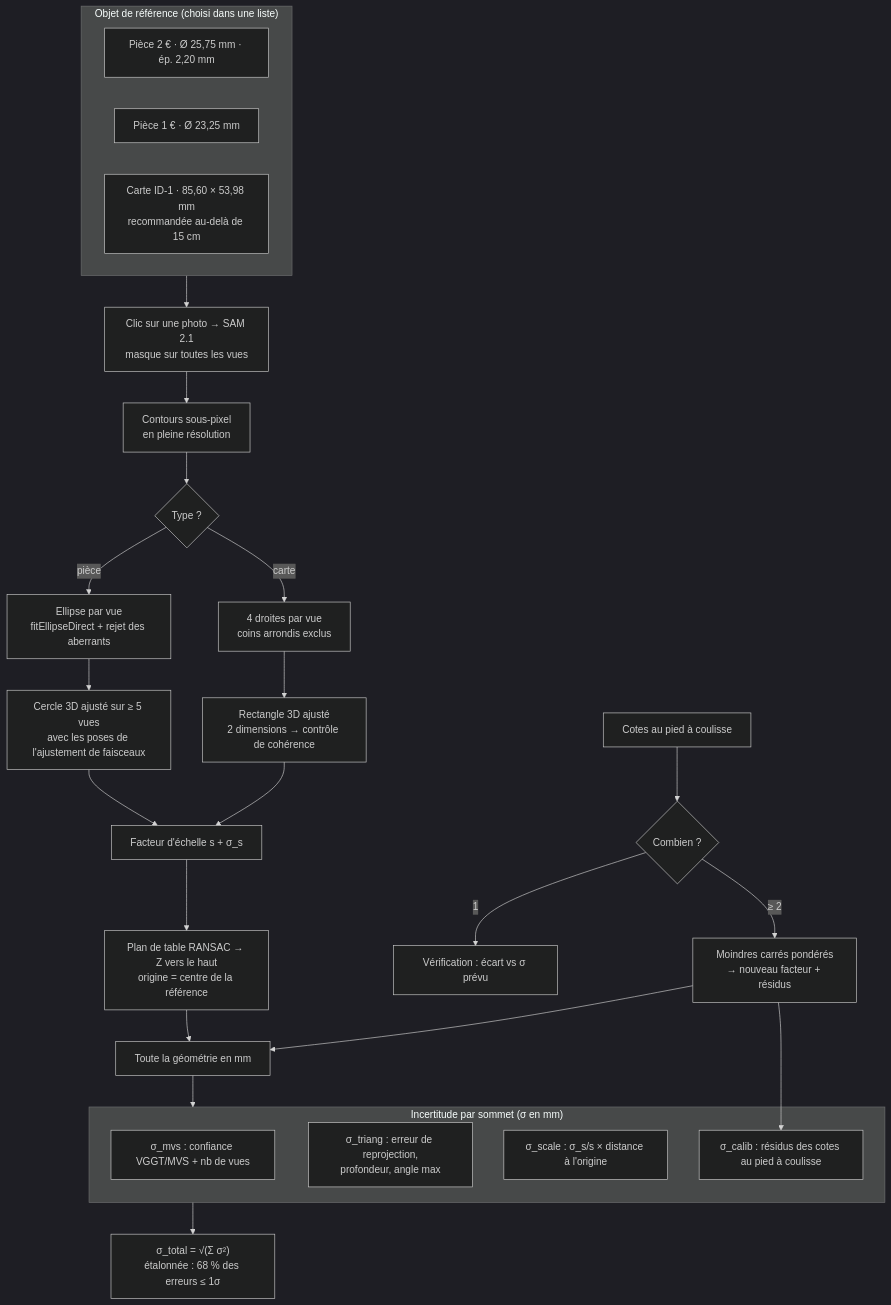
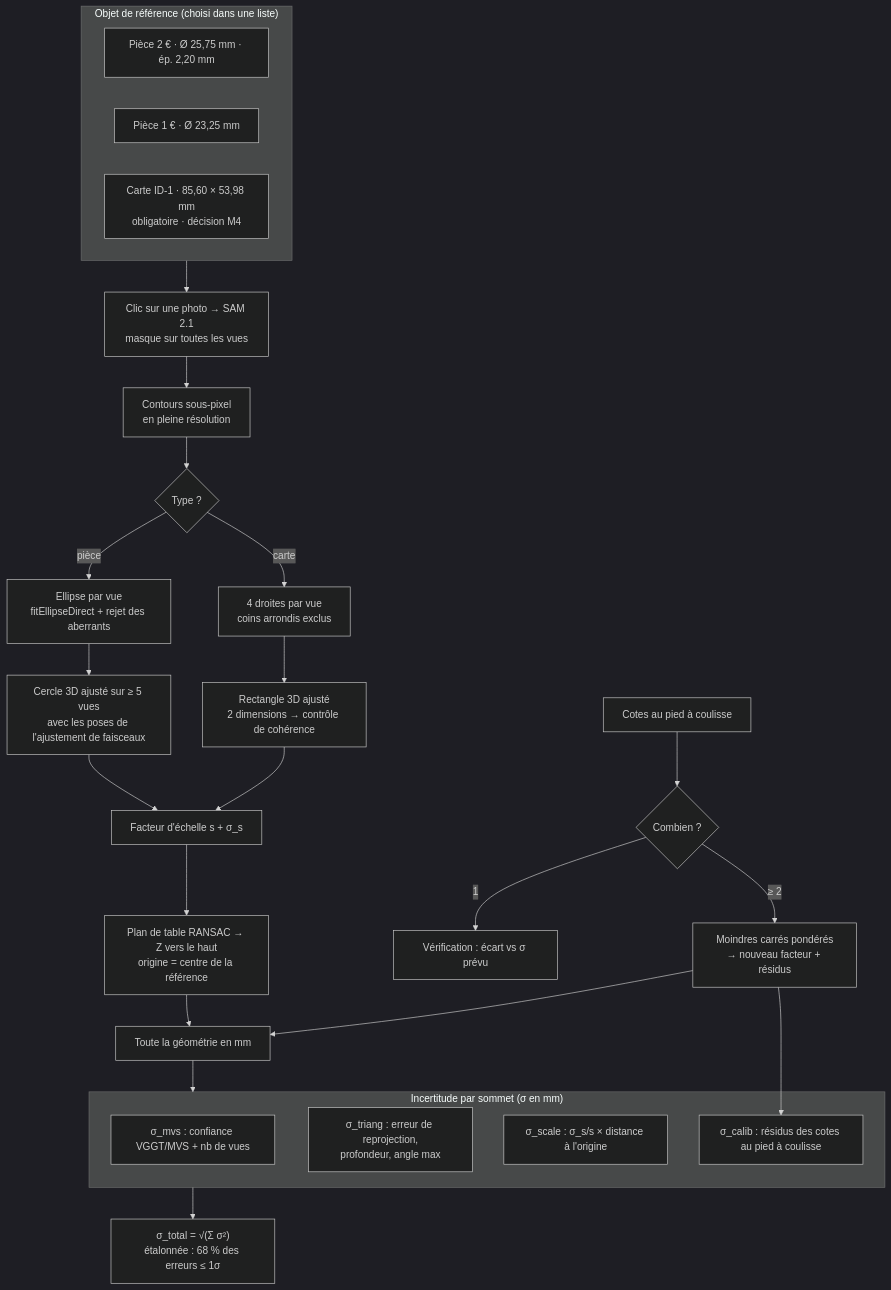
Before and after one commit to TTG-Phyros/Snap2CAD: the third of 6 diagrams in docs/annexes/ANNEXES.md, drawn with Mermaid (dark theme). The commit also changed 2 other files, not shown here.

Commit message:
M4 : décision d'échelle, cible de la pièce non atteinte, carte et cotes au pied à coulisse obligatoires
Pièce : médiane 0,19 % avec les caméras exactes, 0,38 % avec les poses ba
(cible 0,15 %). Carte : médiane 0,04 % et 0,03 %, au plus 0,095 % (cible
0,08 %). Compte rendu docs/benchmarks/M4-decision.md, plan et annexe A5
mis à jour.

````diff
--- a/docs/annexes/ANNEXES.md
+++ b/docs/annexes/ANNEXES.md
@@ -165,35 +165,35 @@
 ```mermaid
 flowchart TB
     subgraph REF["Objet de référence (choisi dans une liste)"]
         R1[Pièce 2 € · Ø 25,75 mm · ép. 2,20 mm]
         R2[Pièce 1 € · Ø 23,25 mm]
-        R3[Carte ID-1 · 85,60 × 53,98 mm<br/>recommandée au-delà de 15 cm]
+        R3[Carte ID-1 · 85,60 × 53,98 mm<br/>obligatoire · décision M4]
     end
 
     REF --> K[Clic sur une photo → SAM 2.1<br/>masque sur toutes les vues]
     K --> E1[Contours sous-pixel<br/>en pleine résolution]
     E1 --> E2{Type ?}
     E2 -- pièce --> P1[Ellipse par vue<br/>fitEllipseDirect + rejet des aberrants]
     E2 -- carte --> P2[4 droites par vue<br/>coins arrondis exclus]
     P1 --> T[Cercle 3D ajusté sur ≥ 5 vues<br/>avec les poses de l'ajustement de faisceaux]
     P2 --> T2[Rectangle 3D ajusté<br/>2 dimensions → contrôle de cohérence]
     T --> F[Facteur d'échelle s + σ_s]
     T2 --> F
     F --> PL[Plan de table RANSAC → Z vers le haut<br/>origine = centre de la référence]
     PL --> MM[Toute la géométrie en mm]
 
     MM --> U
     subgraph U["Incertitude par sommet (σ en mm)"]
         U1[σ_mvs : confiance VGGT/MVS + nb de vues]
         U2[σ_triang : erreur de reprojection,<br/>profondeur, angle max]
         U3[σ_scale : σ_s/s × distance à l'origine]
         U4[σ_calib : résidus des cotes au pied à coulisse]
     end
     U --> SUM["σ_total = √(Σ σ²)<br/>étalonnée : 68 % des erreurs ≤ 1σ"]
 
     C[Cotes au pied à coulisse] --> C1{Combien ?}
     C1 -- 1 --> V[Vérification : écart vs σ prévu]
     C1 -- "≥ 2" --> LS[Moindres carrés pondérés<br/>→ nouveau facteur + résidus]
     LS --> MM
     LS --> U4
 ```
````
